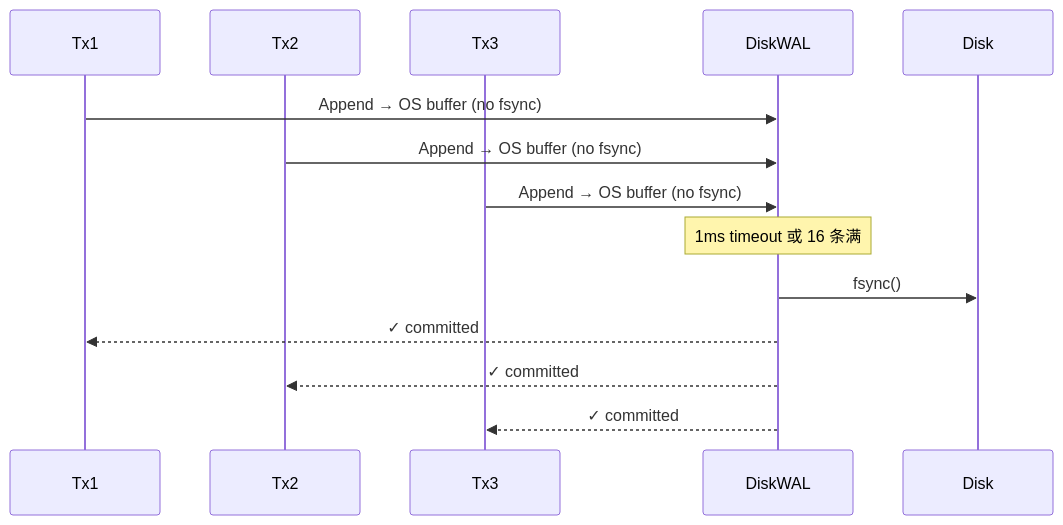
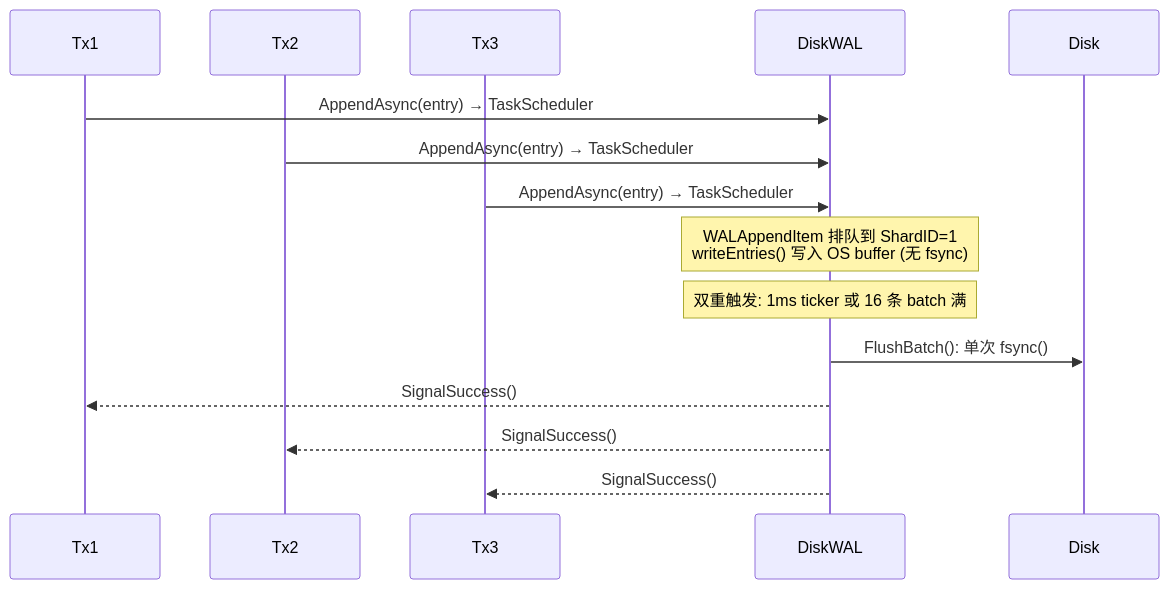
Before and after one commit to jzhang405/NexKV: diagram 25 of 40 in docs/07_spike/btree-refactor/2026-05-23-persistence-architecture-comprehensive-guide.md, drawn with Mermaid. The commit also changed other lines of this file, not shown here.

````diff
--- a/docs/07_spike/btree-refactor/2026-05-23-persistence-architecture-comprehensive-guide.md
+++ b/docs/07_spike/btree-refactor/2026-05-23-persistence-architecture-comprehensive-guide.md
@@ -772,20 +790,22 @@
 ```mermaid
 sequenceDiagram
     participant Tx1 as Tx1
     participant Tx2 as Tx2
     participant Tx3 as Tx3
     participant DW as DiskWAL
     participant Disk2 as Disk
     
-    Tx1->>DW: Append → OS buffer (no fsync)
-    Tx2->>DW: Append → OS buffer (no fsync)
-    Tx3->>DW: Append → OS buffer (no fsync)
+    Tx1->>DW: AppendAsync(entry) → TaskScheduler
+    Tx2->>DW: AppendAsync(entry) → TaskScheduler
+    Tx3->>DW: AppendAsync(entry) → TaskScheduler
     
-    Note over DW: 1ms timeout 或 16 条满
+    Note over DW: WALAppendItem 排队到 ShardID=1<br/>writeEntries() 写入 OS buffer (无 fsync)
     
-    DW->>Disk2: fsync()
+    Note over DW: 双重触发: 1ms ticker 或 16 条 batch 满
     
-    DW-->>Tx1: ✓ committed
-    DW-->>Tx2: ✓ committed
-    DW-->>Tx3: ✓ committed
+    DW->>Disk2: FlushBatch(): 单次 fsync()
+    
+    DW-->>Tx1: SignalSuccess()
+    DW-->>Tx2: SignalSuccess()
+    DW-->>Tx3: SignalSuccess()
 ```
````
